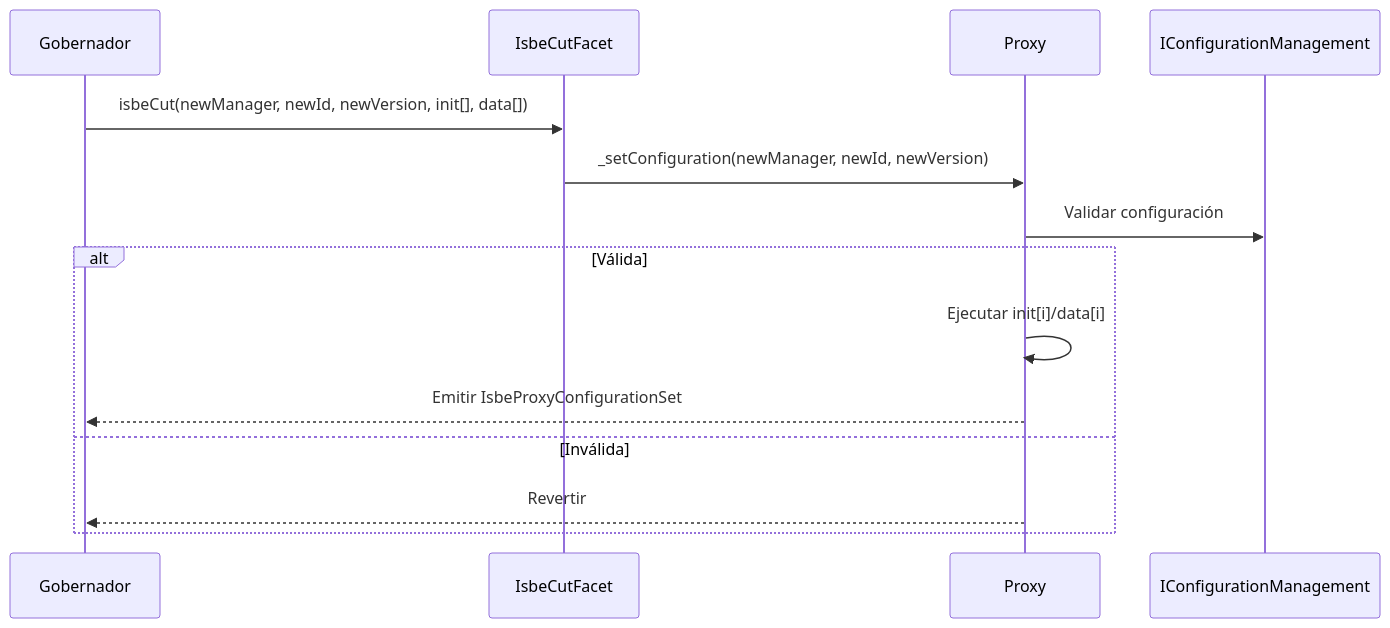
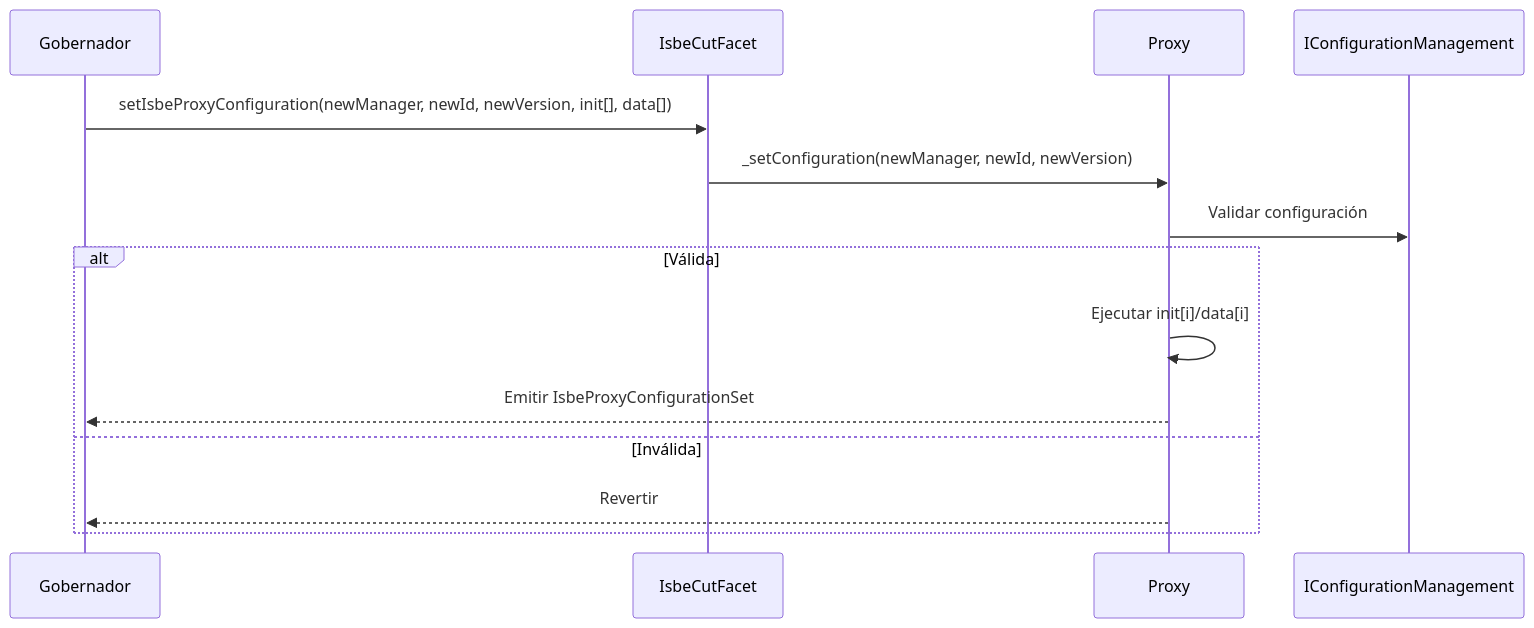
Before and after one commit to red-isbe/isbe-contracts: the third of 3 diagrams in docs/artifacts/ISBE-ART-01000.md, drawn with Mermaid. The commit also changed other lines of this file and 3 other files, not shown here.

````diff
--- a/docs/artifacts/ISBE-ART-01000.md
+++ b/docs/artifacts/ISBE-ART-01000.md
@@ -175,15 +181,15 @@
 ```mermaid
 sequenceDiagram
     participant Gobernador
     participant IsbeCutFacet
     participant Proxy
-    Gobernador->>IsbeCutFacet: isbeCut(newManager, newId, newVersion, init[], data[])
+    Gobernador->>IsbeCutFacet: setIsbeProxyConfiguration(newManager, newId, newVersion, init[], data[])
     IsbeCutFacet->>Proxy: _setConfiguration(newManager, newId, newVersion)
     Proxy->>IConfigurationManagement: Validar configuración
     alt Válida
         Proxy->>Proxy: Ejecutar init[i]/data[i]
         Proxy-->>Gobernador: Emitir IsbeProxyConfigurationSet
     else Inválida
         Proxy-->>Gobernador: Revertir
     end
 ```
````
